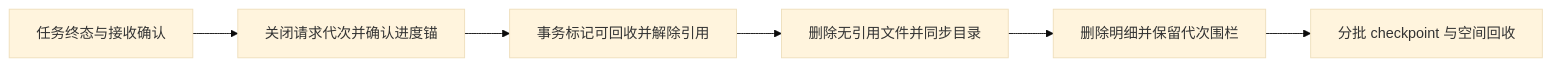
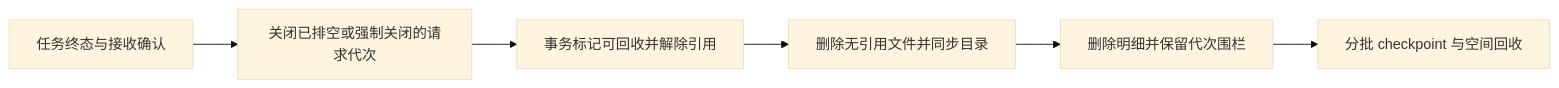
The diagram in zh-cn/docs/app-cli-storage-lifecycle-design.md (Infinimesh-ai/SparkClaw), drawn with Mermaid (base theme) before and after one commit. The commit also changed other lines of this file and 1 other file, not shown here.

````diff
--- a/zh-cn/docs/app-cli-storage-lifecycle-design.md
+++ b/zh-cn/docs/app-cli-storage-lifecycle-design.md
@@ -181,8 +208,8 @@
 ```mermaid
 flowchart LR
-    A[任务终态与接收确认] --> B[关闭请求代次并确认进度锚]
+    A[任务终态与接收确认] --> B[关闭已排空或强制关闭的请求代次]
     B --> C[事务标记可回收并解除引用]
     C --> D[删除无引用文件并同步目录]
     D --> E[删除明细并保留代次围栏]
     E --> F[分批 checkpoint 与空间回收]
 ```
````
